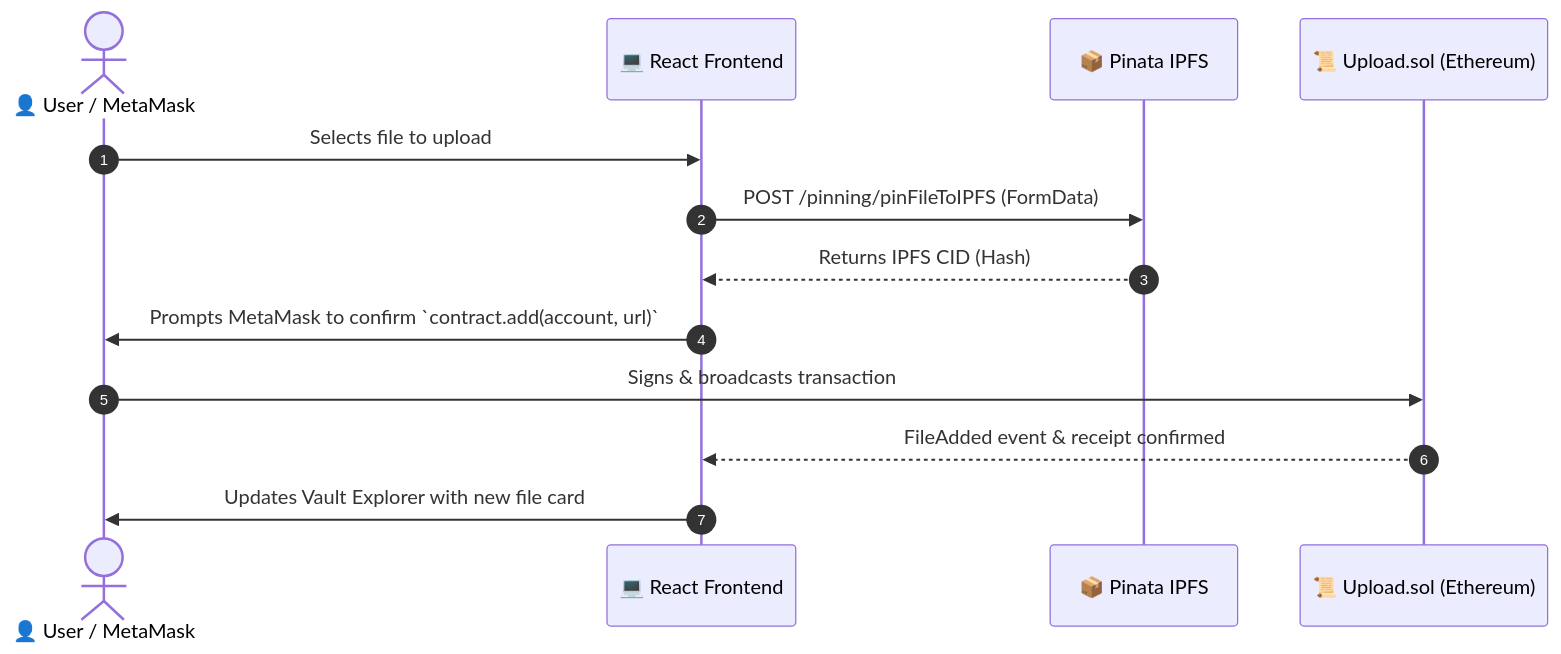
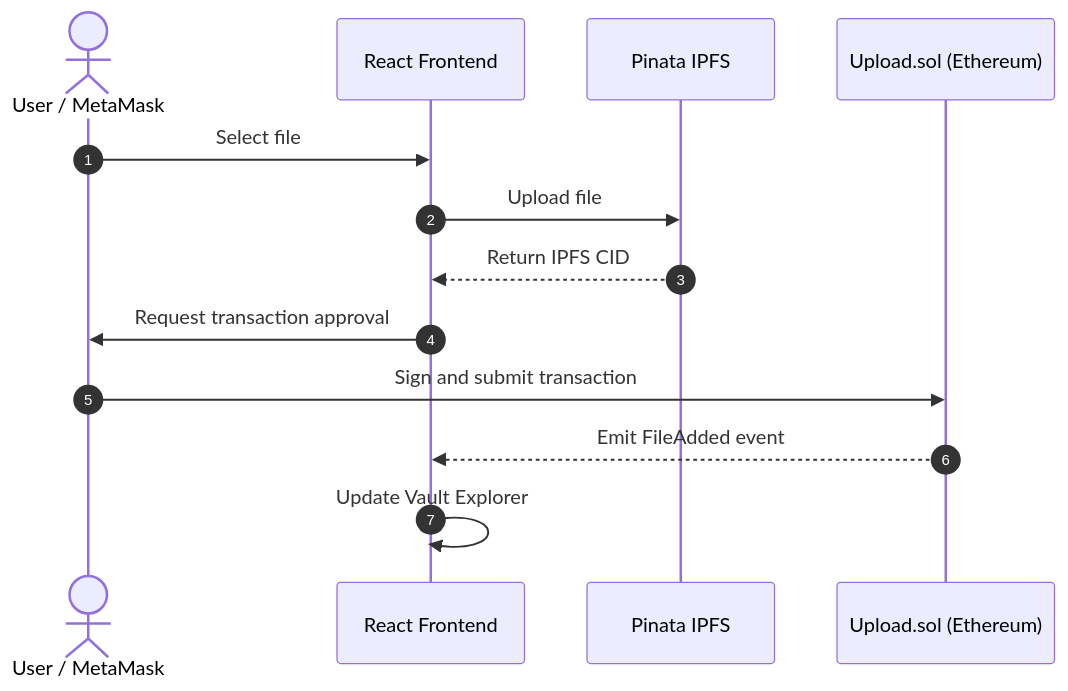
One commit to Maxonfernandes/SecuredVault-Decentralized-Web3-File-Storage changed the diagram in README.md. Above: the diagram before and after it, drawn with Mermaid. The commit also changed other lines of this file, not shown here.

````diff
--- a/README.md
+++ b/README.md
@@ -27,16 +27,16 @@
 ```mermaid
 sequenceDiagram
     autonumber
-    actor User as 👤 User / MetaMask
-    participant UI as 💻 React Frontend
-    participant Pinata as 📦 Pinata IPFS
-    participant Contract as 📜 Upload.sol (Ethereum)
+    actor User as User / MetaMask
+    participant UI as React Frontend
+    participant IPFS as Pinata IPFS
+    participant SC as Upload.sol (Ethereum)
 
-    User->>UI: Selects file to upload
-    UI->>Pinata: POST /pinning/pinFileToIPFS (FormData)
-    Pinata-->>UI: Returns IPFS CID (Hash)
-    UI->>User: Prompts MetaMask to confirm `contract.add(account, url)`
-    User->>Contract: Signs & broadcasts transaction
-    Contract-->>UI: FileAdded event & receipt confirmed
-    UI->>User: Updates Vault Explorer with new file card
+    User->>UI: Select file
+    UI->>IPFS: Upload file
+    IPFS-->>UI: Return IPFS CID
+    UI->>User: Request transaction approval
+    User->>SC: Sign and submit transaction
+    SC-->>UI: Emit FileAdded event
+    UI->>UI: Update Vault Explorer
 ```
````
